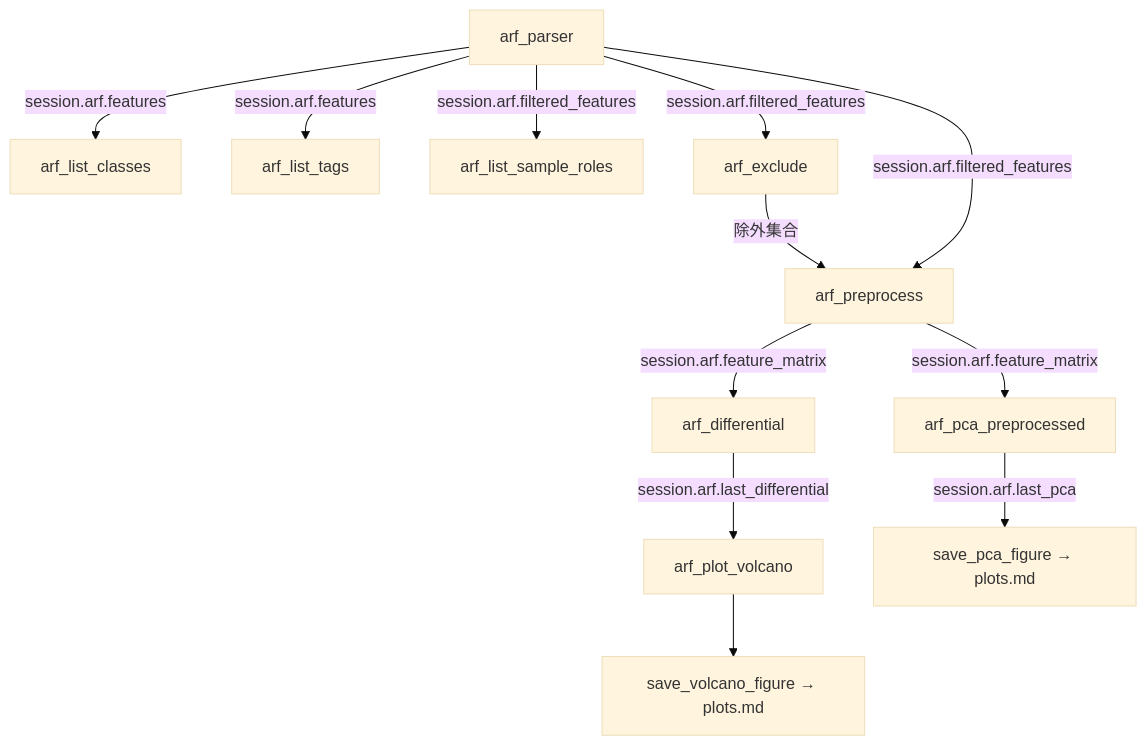
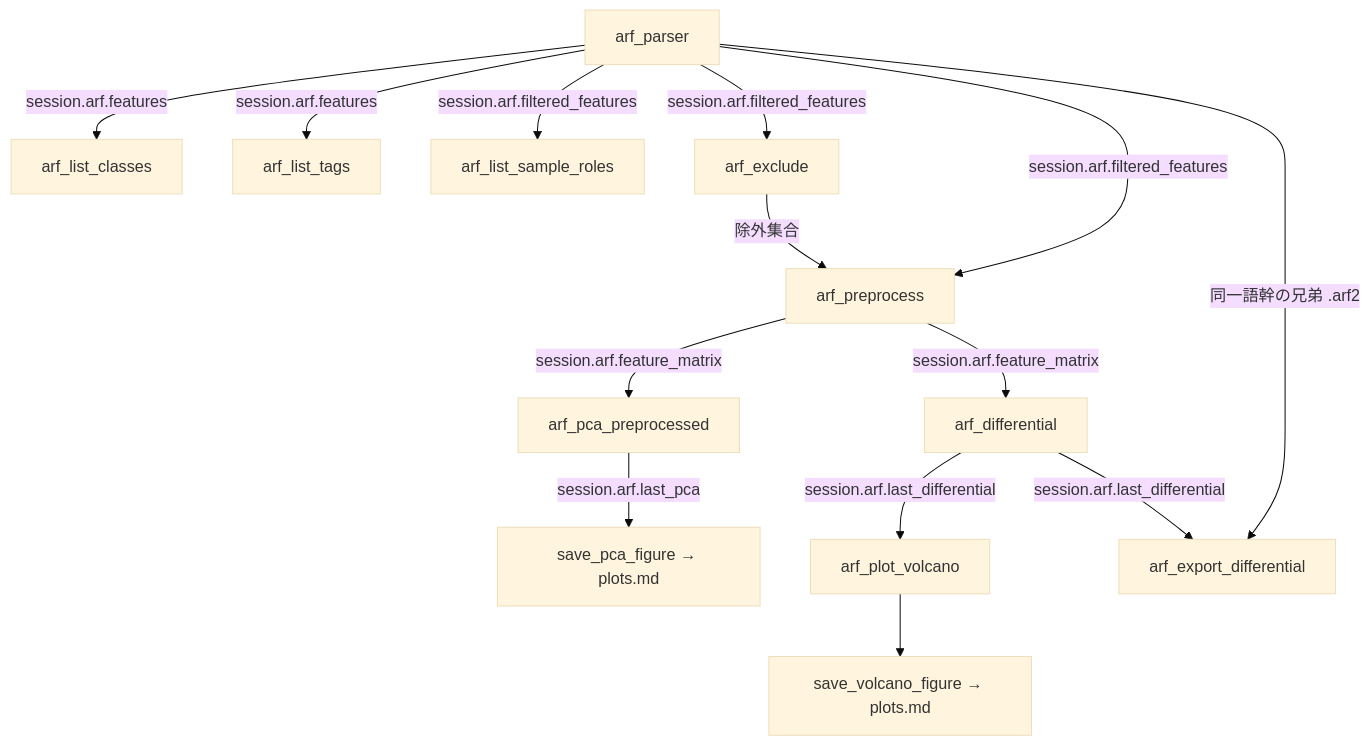
One commit to systemsomicslab/Lipidmix_with_LLM changed the diagram in docs/workflow/arf.md. Above: the diagram before and after it, drawn with Mermaid (base theme). The commit also changed other lines of this file and 4 other files, not shown here.

````diff
--- a/docs/workflow/arf.md
+++ b/docs/workflow/arf.md
@@ -7,14 +7,16 @@
 ```mermaid
 flowchart TD
     P[arf_parser] -->|session.arf.features| LC[arf_list_classes]
     P -->|session.arf.features| LT[arf_list_tags]
     P -->|session.arf.filtered_features| LR[arf_list_sample_roles]
     P -->|session.arf.filtered_features| EX[arf_exclude]
     EX -->|除外集合| PP[arf_preprocess]
     P -->|session.arf.filtered_features| PP
     PP -->|session.arf.feature_matrix| PCA[arf_pca_preprocessed]
     PP -->|session.arf.feature_matrix| DIFF[arf_differential]
     DIFF -->|session.arf.last_differential| VOL[arf_plot_volcano]
+    DIFF -->|session.arf.last_differential| EXPORT[arf_export_differential]
+    P -->|同一語幹の兄弟 .arf2| EXPORT
     PCA -->|session.arf.last_pca| SPF[save_pca_figure → plots.md]
     VOL --> SVF[save_volcano_figure → plots.md]
 ```
````
